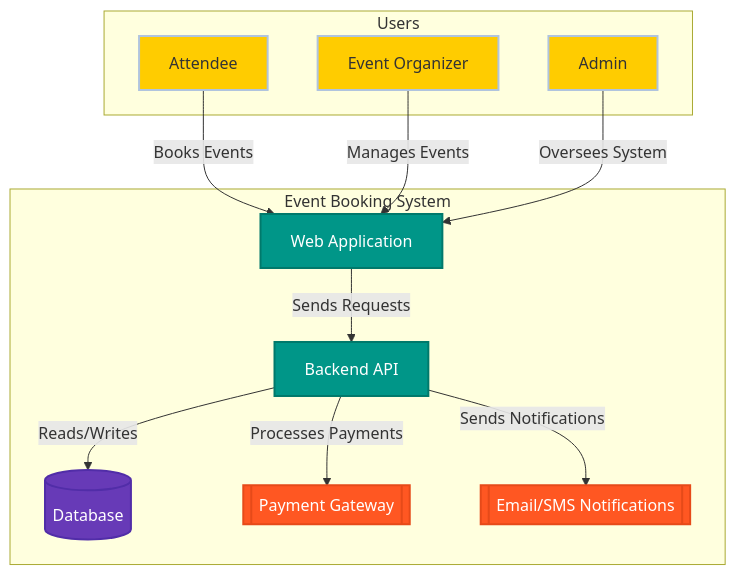
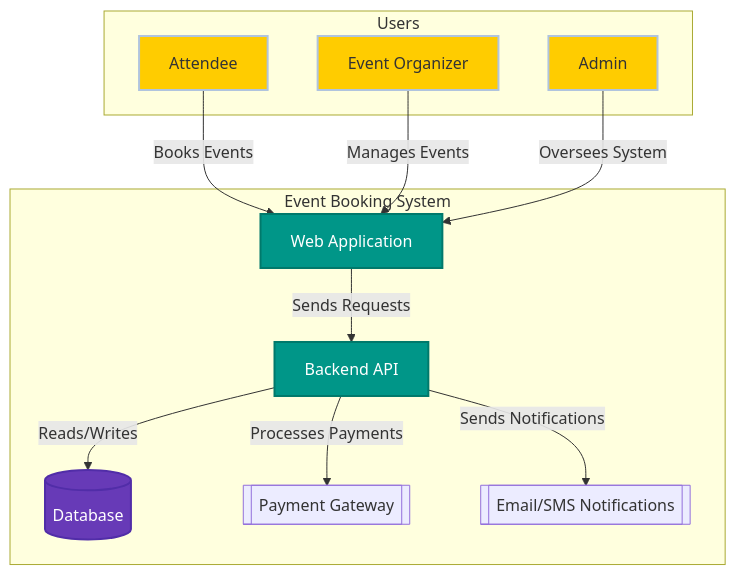
The first of 4 diagrams in ARCHITECTURE.md (celeste-smith/event-booking-system), drawn with Mermaid before and after one commit.

Commit message:
Update ARCHITECTURE.md
8th change - styling the diagrams

````diff
--- a/ARCHITECTURE.md
+++ b/ARCHITECTURE.md
@@ -33,40 +33,37 @@
 ```mermaid
 graph TD;
     %% Define styles
     classDef userStyle fill:#ffcc00,stroke:#b0c4de,stroke-width:2px;
     classDef systemStyle fill:#009688,stroke:#00796B,stroke-width:2px,color:white;
     classDef serviceStyle fill:#607D8B,stroke:#455A64,stroke-width:2px,color:white;
     classDef dbStyle fill:#673AB7,stroke:#512DA8,stroke-width:2px,color:white;
     classDef externalStyle fill:#FF5722,stroke:#E64A19,stroke-width:2px,color:white;
     
     subgraph Users["Users"]
         Attendee["Attendee"]
         Organizer["Event Organizer"]
         Admin["Admin"]
     end
     
     subgraph EventBookingSystem["Event Booking System"]
         WebApp["Web Application"]
         API["Backend API"]
         DB[("Database")]
         PaymentGateway[["Payment Gateway"]]
         NotificationService[["Email/SMS Notifications"]]
     end
     
     %% Define relationships
     Attendee -- Books Events --> WebApp;
     Organizer -- Manages Events --> WebApp;
     Admin -- Oversees System --> WebApp;
     WebApp -- Sends Requests --> API;
     API -- Reads/Writes --> DB;
     API -- Processes Payments --> PaymentGateway;
     API -- Sends Notifications --> NotificationService;
 
     %% Apply styles
     class Attendee,Organizer,Admin userStyle;
     class WebApp,API systemStyle;
     class DB dbStyle;
-    class PaymentGateway,NotificationService externalStyle;
-
-
 ```
````
